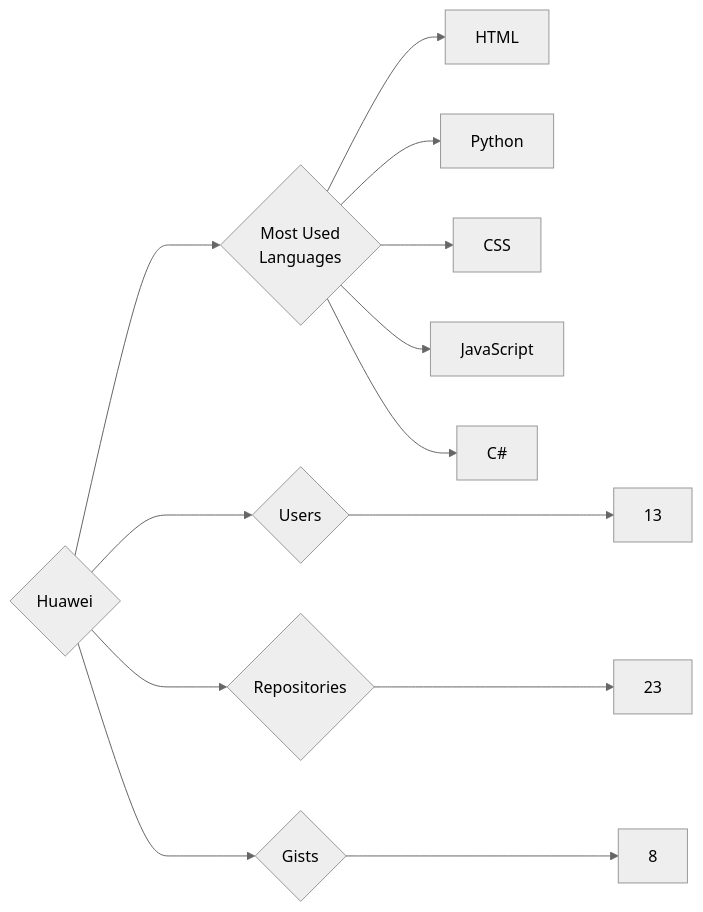
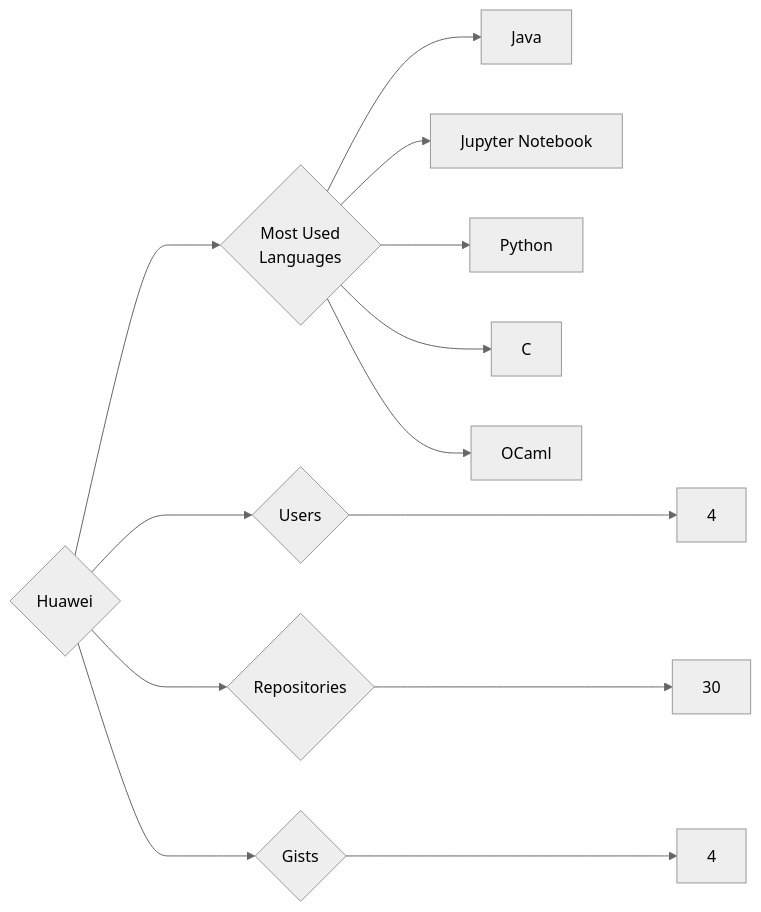
Before and after one commit to trickest/insiders: the diagram in targets/Huawei/README.md, drawn with Mermaid (neutral theme). The commit also changed 1166 other files, not shown here.

````diff
--- a/targets/Huawei/README.md
+++ b/targets/Huawei/README.md
@@ -3,13 +3,13 @@
 ```mermaid
 graph LR
 COMPANY_NAME{Huawei}
-COMPANY_NAME ---> U{Users} ---> UN[13]
-COMPANY_NAME ---> R{Repositories} ---> RN[23]
-COMPANY_NAME ---> G{Gists} ---> GN[8]
+COMPANY_NAME ---> U{Users} ---> UN[4]
+COMPANY_NAME ---> R{Repositories} ---> RN[30]
+COMPANY_NAME ---> G{Gists} ---> GN[4]
 COMPANY_NAME ---> ML{Most Used<br>Languages}
-ML --> HTML[HTML]
+ML --> Java[Java]
+ML --> Jupyter_Notebook[Jupyter Notebook]
 ML --> Python[Python]
-ML --> CSS[CSS]
-ML --> JavaScript[JavaScript]
-ML --> C#[C#]
+ML --> C[C]
+ML --> OCaml[OCaml]
 ```
````
